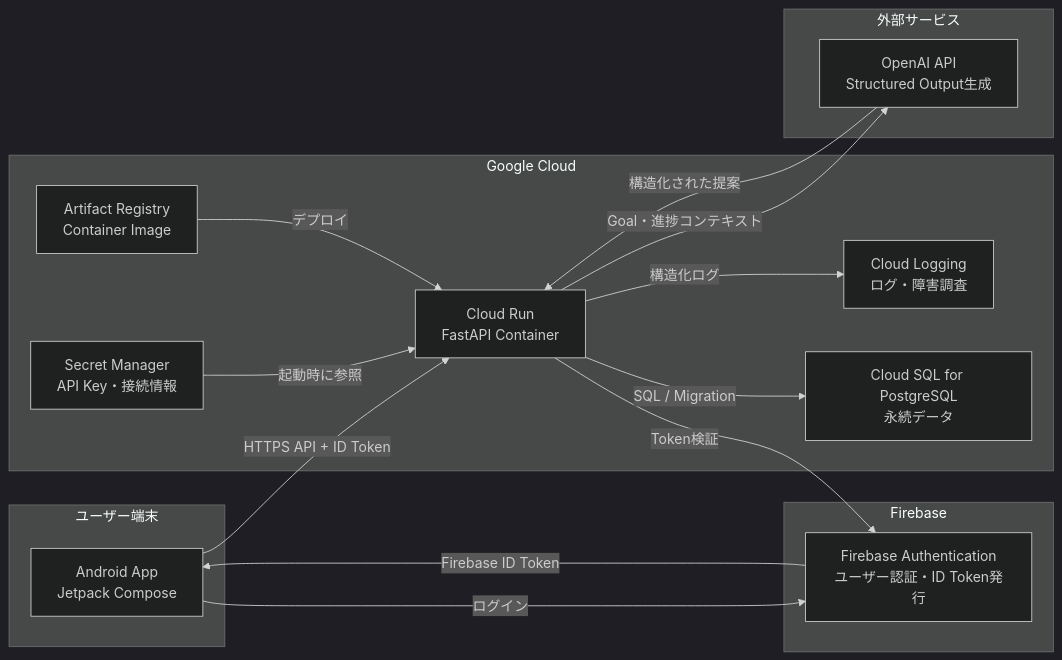
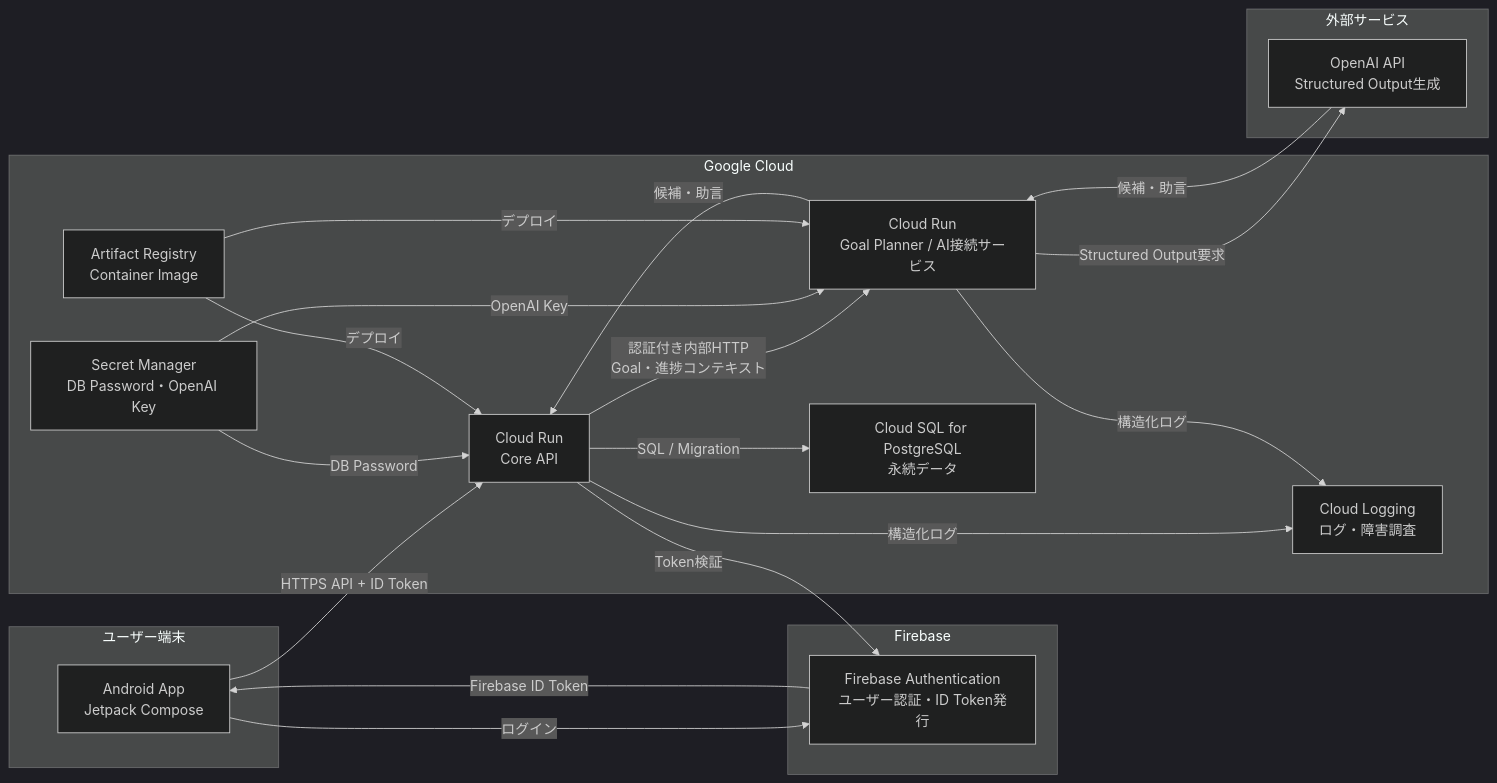
The first of 3 diagrams in docs/system-architecture.md (Yoshiki-Takahashi/life_agent), drawn with Mermaid (dark theme) before and after one commit. The commit also changed other lines of this file and 27 other files, not shown here.

````diff
--- a/docs/system-architecture.md
+++ b/docs/system-architecture.md
@@ -5,33 +5,39 @@
 ```mermaid
 flowchart LR
     subgraph Client["ユーザー端末"]
         Android["Android App<br/>Jetpack Compose"]
     end
 
     subgraph Firebase["Firebase"]
         Auth["Firebase Authentication<br/>ユーザー認証・ID Token発行"]
     end
 
     subgraph GCP["Google Cloud"]
-        Run["Cloud Run<br/>FastAPI Container"]
-        Secrets["Secret Manager<br/>API Key・接続情報"]
+        Core["Cloud Run<br/>Core API"]
+        AIService["Cloud Run<br/>Goal Planner / AI接続サービス"]
+        Secrets["Secret Manager<br/>DB Password・OpenAI Key"]
         Registry["Artifact Registry<br/>Container Image"]
         Logging["Cloud Logging<br/>ログ・障害調査"]
         SQL["Cloud SQL for PostgreSQL<br/>永続データ"]
     end
 
     subgraph External["外部サービス"]
         OpenAI["OpenAI API<br/>Structured Output生成"]
     end
 
     Android -->|"ログイン"| Auth
     Auth -->|"Firebase ID Token"| Android
-    Android -->|"HTTPS API + ID Token"| Run
-    Run -->|"Token検証"| Auth
-    Run -->|"SQL / Migration"| SQL
-    Run -->|"Goal・進捗コンテキスト"| OpenAI
-    OpenAI -->|"構造化された提案"| Run
-    Secrets -->|"起動時に参照"| Run
-    Registry -->|"デプロイ"| Run
-    Run -->|"構造化ログ"| Logging
+    Android -->|"HTTPS API + ID Token"| Core
+    Core -->|"Token検証"| Auth
+    Core -->|"SQL / Migration"| SQL
+    Core -->|"認証付き内部HTTP<br/>Goal・進捗コンテキスト"| AIService
+    AIService -->|"Structured Output要求"| OpenAI
+    OpenAI -->|"候補・助言"| AIService
+    AIService -->|"候補・助言"| Core
+    Secrets -->|"DB Password"| Core
+    Secrets -->|"OpenAI Key"| AIService
+    Registry -->|"デプロイ"| Core
+    Registry -->|"デプロイ"| AIService
+    Core -->|"構造化ログ"| Logging
+    AIService -->|"構造化ログ"| Logging
 ```
````
